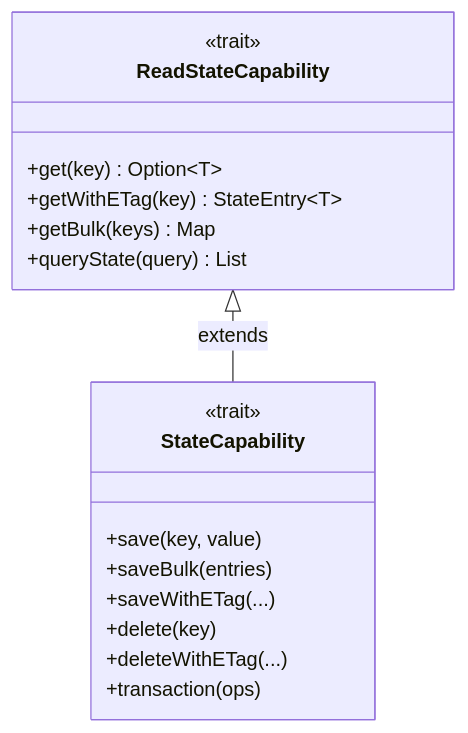
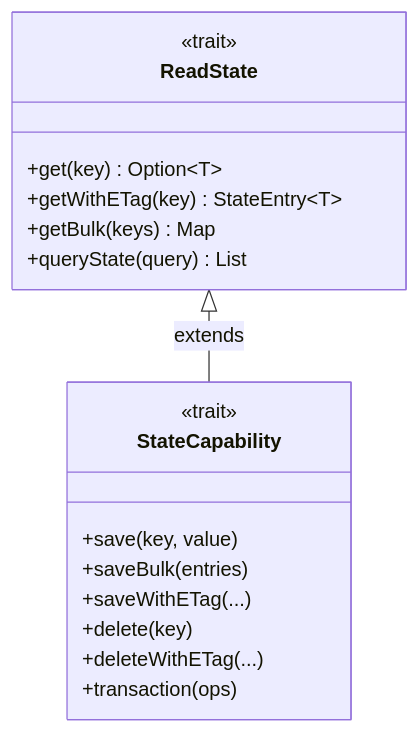
One commit to sideeffffect/dapr4s changed the second of 36 diagrams in docs/CAPABILITY-SPLITS.md. Above: the diagram before and after it, drawn with Mermaid. The commit also changed other lines of this file, not shown here.

````diff
--- a/docs/CAPABILITY-SPLITS.md
+++ b/docs/CAPABILITY-SPLITS.md
@@ -46,20 +46,20 @@
 ```mermaid
 classDiagram
-    class ReadStateCapability {
+    class ReadState {
         <<trait>>
         +get(key) Option~T~
         +getWithETag(key) StateEntry~T~
         +getBulk(keys) Map
         +queryState(query) List
     }
     class StateCapability {
         <<trait>>
         +save(key, value)
         +saveBulk(entries)
         +saveWithETag(...)
         +delete(key)
         +deleteWithETag(...)
         +transaction(ops)
     }
-    ReadStateCapability <|-- StateCapability : extends
+    ReadState <|-- StateCapability : extends
 ```
````
